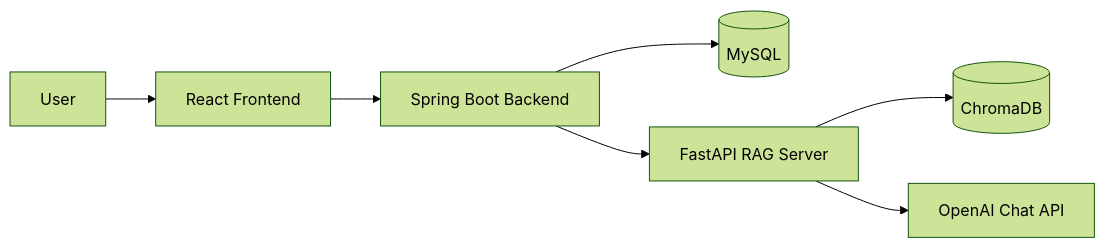
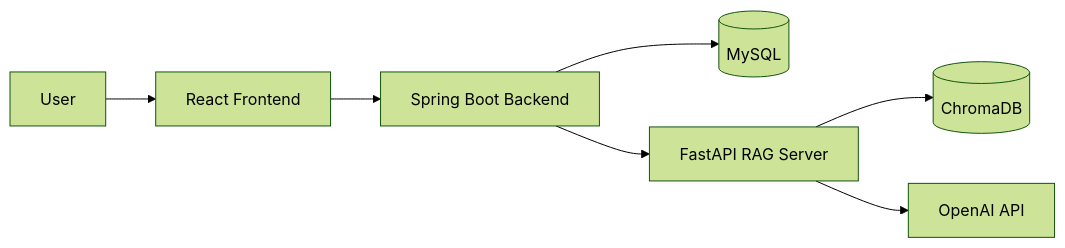
The first of 7 diagrams in README.md (bladerunner3201/leaseguard-ai), drawn with Mermaid (forest theme) before and after one commit. The commit also changed other lines of this file and 4 other files, not shown here.

````diff
--- a/README.md
+++ b/README.md
@@ -94,9 +59,9 @@
 ```mermaid
 flowchart LR
     User["User"] --> React["React Frontend"]
     React --> Spring["Spring Boot Backend"]
     Spring --> MySQL[("MySQL")]
     Spring --> FastAPI["FastAPI RAG Server"]
     FastAPI --> Chroma[("ChromaDB")]
-    FastAPI --> OpenAI["OpenAI Chat API"]
+    FastAPI --> OpenAI["OpenAI API"]
 ```
````
